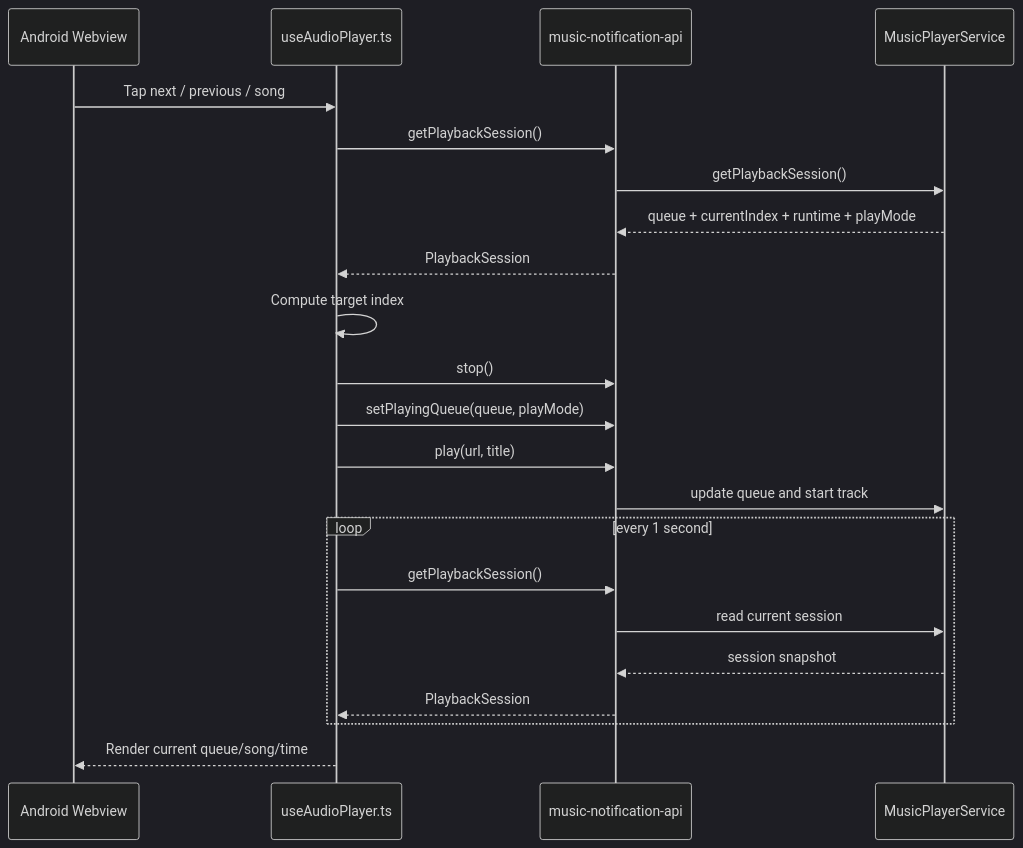
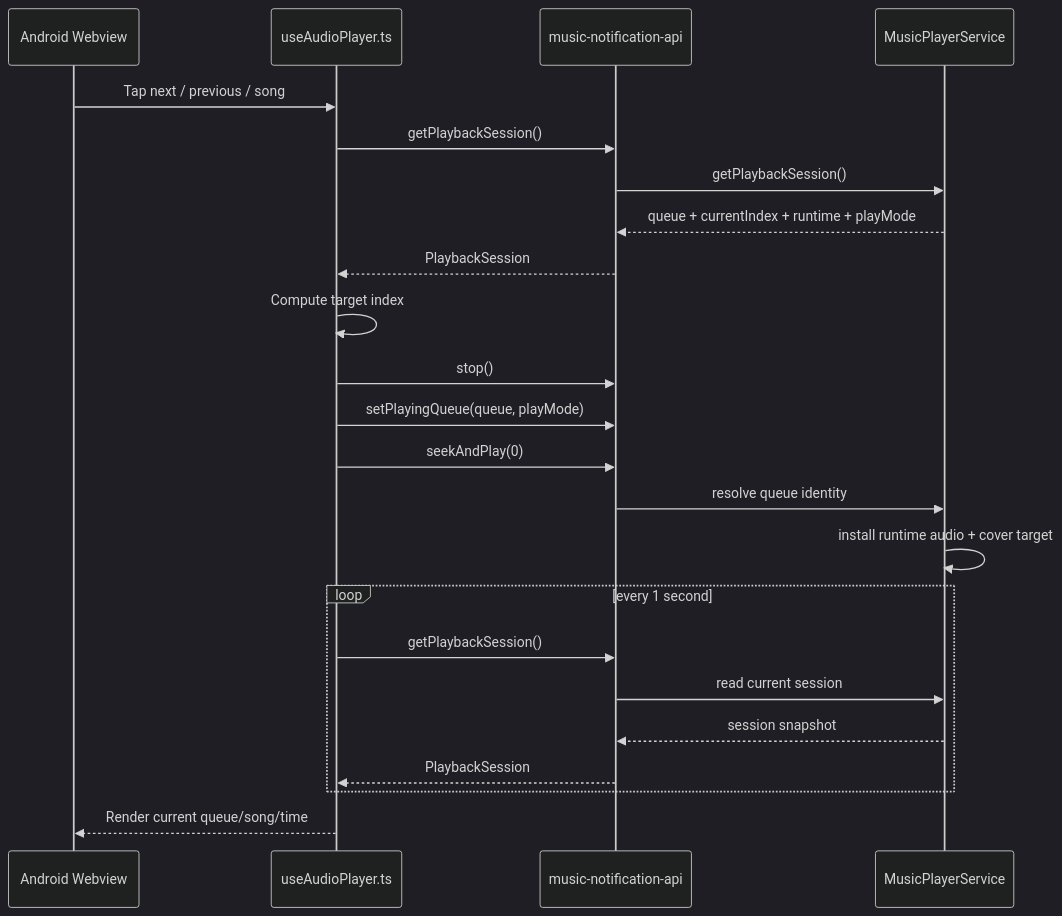
The diagram in docs/android/playback-session.md (Afeather2017/Kaulan), drawn with Mermaid (dark theme) before and after one commit. The commit also changed other lines of this file and 5 other files, not shown here.

First line of the commit message:
Resolve Android playback URLs at play time

````diff
--- a/docs/android/playback-session.md
+++ b/docs/android/playback-session.md
@@ -113,25 +119,26 @@
 ```mermaid
 sequenceDiagram
     participant UI as Android Webview
     participant Player as useAudioPlayer.ts
     participant Plugin as music-notification-api
     participant Service as MusicPlayerService
 
     UI->>Player: Tap next / previous / song
     Player->>Plugin: getPlaybackSession()
     Plugin->>Service: getPlaybackSession()
     Service-->>Plugin: queue + currentIndex + runtime + playMode
     Plugin-->>Player: PlaybackSession
     Player->>Player: Compute target index
     Player->>Plugin: stop()
     Player->>Plugin: setPlayingQueue(queue, playMode)
-    Player->>Plugin: play(url, title)
-    Plugin->>Service: update queue and start track
+    Player->>Plugin: seekAndPlay(0)
+    Plugin->>Service: resolve queue identity
+    Service->>Service: install runtime audio + cover target
     loop every 1 second
         Player->>Plugin: getPlaybackSession()
         Plugin->>Service: read current session
         Service-->>Plugin: session snapshot
         Plugin-->>Player: PlaybackSession
     end
     Player-->>UI: Render current queue/song/time
 ```
````
